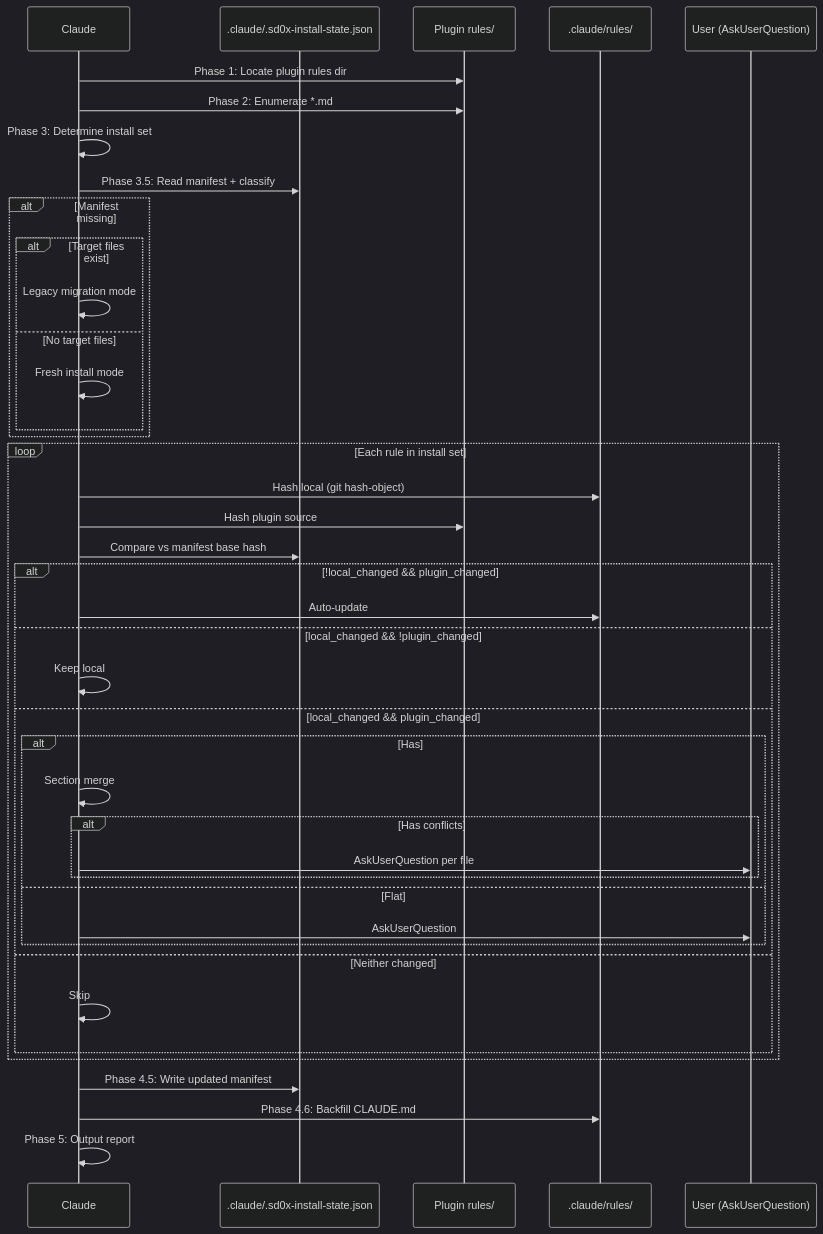
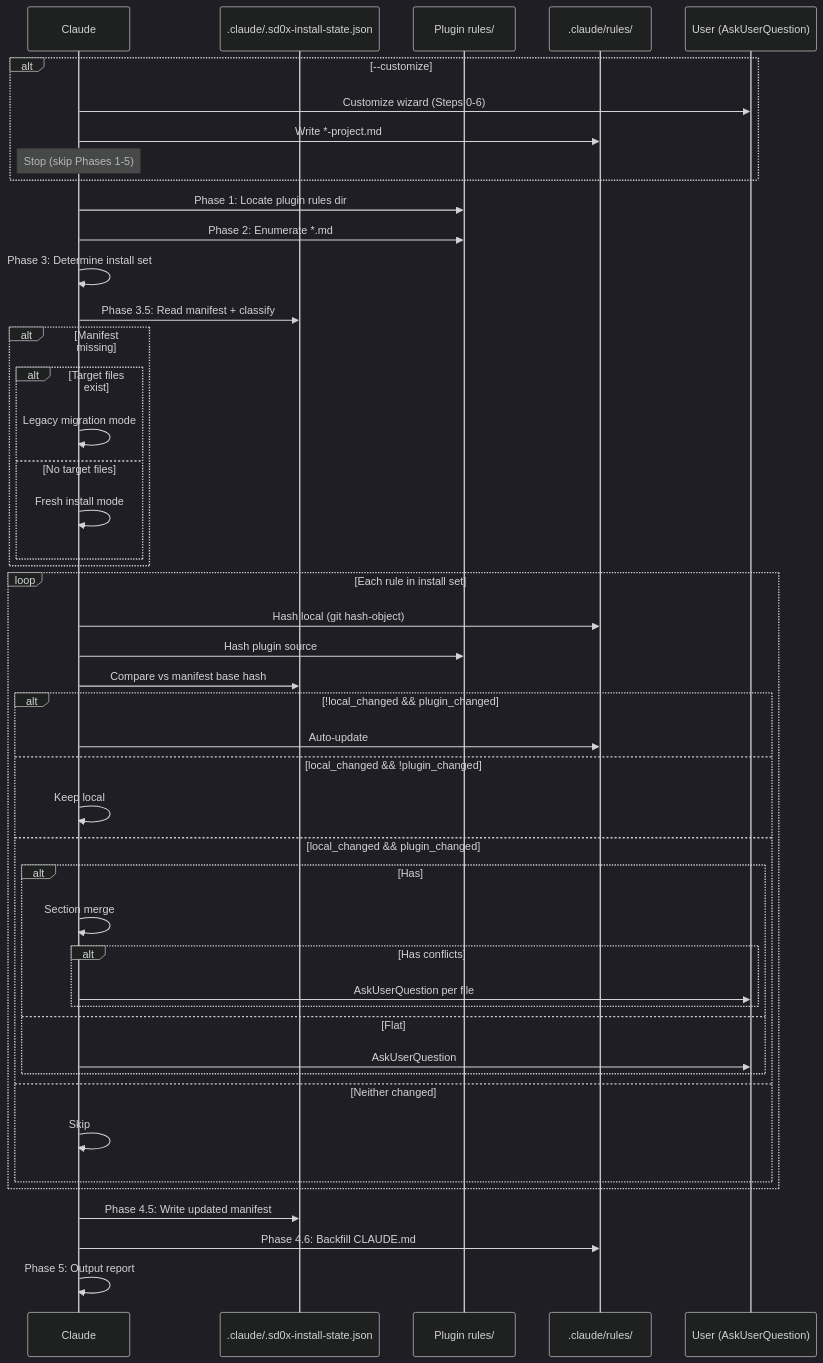
Before and after one commit to jupiter-Pulin/Uranus-dev-flow: the diagram in commands/install-rules.md, drawn with Mermaid (dark theme). The commit also changed other lines of this file, not shown here.

First line of the commit message:
feat: Add --customize wizard mode to /install-rules

````diff
--- a/commands/install-rules.md
+++ b/commands/install-rules.md
@@ -20,44 +20,49 @@
 ```mermaid
 sequenceDiagram
     participant C as Claude
     participant M as .claude/.sd0x-install-state.json
     participant S as Plugin rules/
     participant T as .claude/rules/
     participant U as User (AskUserQuestion)
 
+    alt --customize
+        C->>U: Customize wizard (Steps 0-6)
+        C->>T: Write *-project.md
+        Note over C: Stop (skip Phases 1-5)
+    end
     C->>S: Phase 1: Locate plugin rules dir
     C->>S: Phase 2: Enumerate *.md
     C->>C: Phase 3: Determine install set
     C->>M: Phase 3.5: Read manifest + classify
     alt Manifest missing
         alt Target files exist
             C->>C: Legacy migration mode
         else No target files
             C->>C: Fresh install mode
         end
     end
     loop Each rule in install set
         C->>T: Hash local (git hash-object)
         C->>S: Hash plugin source
         C->>M: Compare vs manifest base hash
         alt !local_changed && plugin_changed
             C->>T: Auto-update
         else local_changed && !plugin_changed
             C->>C: Keep local
         else local_changed && plugin_changed
             alt Has ## headings
                 C->>C: Section merge
                 alt Has conflicts
                     C->>U: AskUserQuestion per file
                 end
             else Flat
                 C->>U: AskUserQuestion
             end
         else Neither changed
             C->>C: Skip
         end
     end
     C->>M: Phase 4.5: Write updated manifest
     C->>T: Phase 4.6: Backfill CLAUDE.md
     C->>C: Phase 5: Output report
 ```
````
